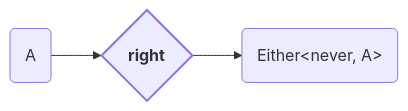
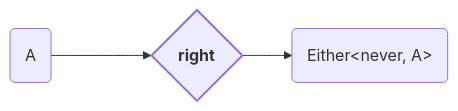
Before and after one commit to adamjosefus/fp-ts-examples: the fifth of 9 diagrams in Either.md, drawn with Mermaid. The commit also changed other lines of this file, not shown here.

````diff
--- a/Either.md
+++ b/Either.md
@@ -165,11 +254,11 @@
 ```mermaid
 flowchart LR
     style right stroke-width: 2px
 
     input("A")
     right{ <b>right<b> }
     output( Either<<span>never, A</span>> )
 
-    input --> right
+    input ---> right
     right --> output
 ```
````
